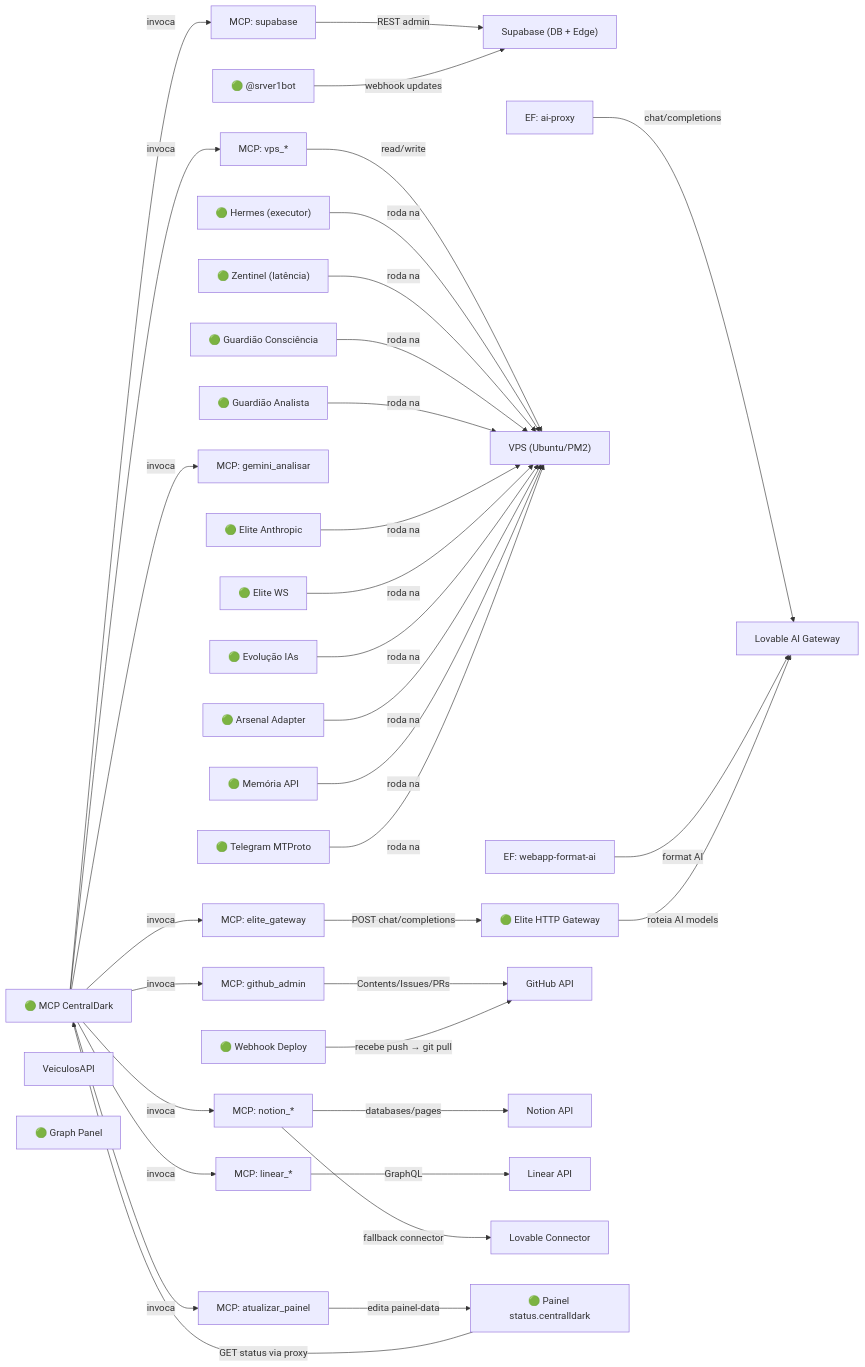
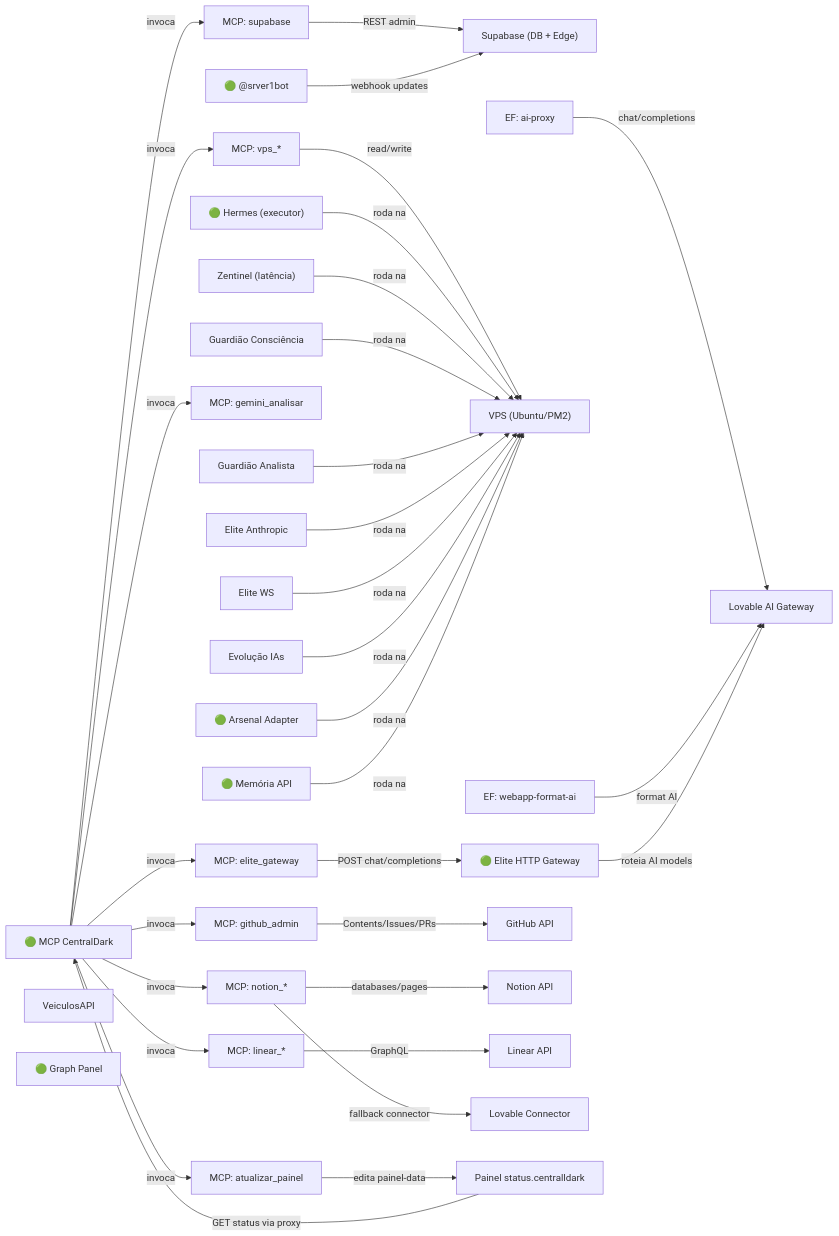
The diagram in docs/BRAIN/00 - Mapa do Sistema/GRAFO-VIVO.md (ServerVpss/CentralDark), drawn with Mermaid before and after one commit. The commit also changed other lines of this file and 54 other files, not shown here.

````diff
--- a/docs/BRAIN/00 - Mapa do Sistema/GRAFO-VIVO.md
+++ b/docs/BRAIN/00 - Mapa do Sistema/GRAFO-VIVO.md
@@ -23,69 +23,65 @@
 ```mermaid
 flowchart LR
     mcp_server["🟢 MCP CentralDark"]
     supabase["Supabase (DB + Edge)"]
     lovable_gateway["Lovable AI Gateway"]
     elite_http_gateway["🟢 Elite HTTP Gateway"]
     vps["VPS (Ubuntu/PM2)"]
     bot_telegram["🟢 @srver1bot"]
-    webhook_deploy["🟢 Webhook Deploy"]
     fn_ai_proxy["EF: ai-proxy"]
     fn_webapp_format["EF: webapp-format-ai"]
     tool_elite["MCP: elite_gateway"]
     tool_github["MCP: github_admin"]
     tool_supabase["MCP: supabase"]
     tool_vps["MCP: vps_*"]
     tool_painel["MCP: atualizar_painel"]
     tool_gemini["MCP: gemini_analisar"]
     tool_notion["MCP: notion_*"]
     tool_linear["MCP: linear_*"]
     github_api["GitHub API"]
     notion_api["Notion API"]
     linear_api["Linear API"]
     veiculosapi["VeiculosAPI"]
     lovable_connector["Lovable Connector"]
-    painel_status["🟢 Painel status.centralldark"]
+    painel_status["Painel status.centralldark"]
     graph_panel["🟢 Graph Panel"]
     hermes["🟢 Hermes (executor)"]
-    zentinel["🟢 Zentinel (latência)"]
-    guardiaoconsciencia["🟢 Guardião Consciência"]
-    guardiaoanalista["🟢 Guardião Analista"]
-    eliteanthropic["🟢 Elite Anthropic"]
-    elitews["🟢 Elite WS"]
-    evolucaoias["🟢 Evolução IAs"]
+    zentinel["Zentinel (latência)"]
+    guardiaoconsciencia["Guardião Consciência"]
+    guardiaoanalista["Guardião Analista"]
+    eliteanthropic["Elite Anthropic"]
+    elitews["Elite WS"]
+    evolucaoias["Evolução IAs"]
     arsenaladapter["🟢 Arsenal Adapter"]
     memoria["🟢 Memória API"]
-    telegrammtproto["🟢 Telegram MTProto"]
     fn_ai_proxy -->|chat/completions| lovable_gateway
     fn_webapp_format -->|format AI| lovable_gateway
     mcp_server -->|invoca| tool_elite
     mcp_server -->|invoca| tool_github
     mcp_server -->|invoca| tool_supabase
     mcp_server -->|invoca| tool_vps
     mcp_server -->|invoca| tool_painel
     mcp_server -->|invoca| tool_gemini
     mcp_server -->|invoca| tool_notion
     mcp_server -->|invoca| tool_linear
     tool_elite -->|POST chat/completions| elite_http_gateway
     tool_github -->|Contents/Issues/PRs| github_api
     tool_supabase -->|REST admin| supabase
     tool_vps -->|read/write| vps
     tool_painel -->|edita painel-data| painel_status
     tool_notion -->|databases/pages| notion_api
     tool_notion -->|fallback connector| lovable_connector
     tool_linear -->|GraphQL| linear_api
     bot_telegram -->|webhook updates| supabase
-    webhook_deploy -->|recebe push → git pull| github_api
     painel_status -->|GET status via proxy| mcp_server
     elite_http_gateway -->|roteia AI models| lovable_gateway
     hermes -->|roda na| vps
     zentinel -->|roda na| vps
     guardiaoconsciencia -->|roda na| vps
     guardiaoanalista -->|roda na| vps
     eliteanthropic -->|roda na| vps
     elitews -->|roda na| vps
     evolucaoias -->|roda na| vps
     arsenaladapter -->|roda na| vps
     memoria -->|roda na| vps
-    telegrammtproto -->|roda na| vps
 ```
````
